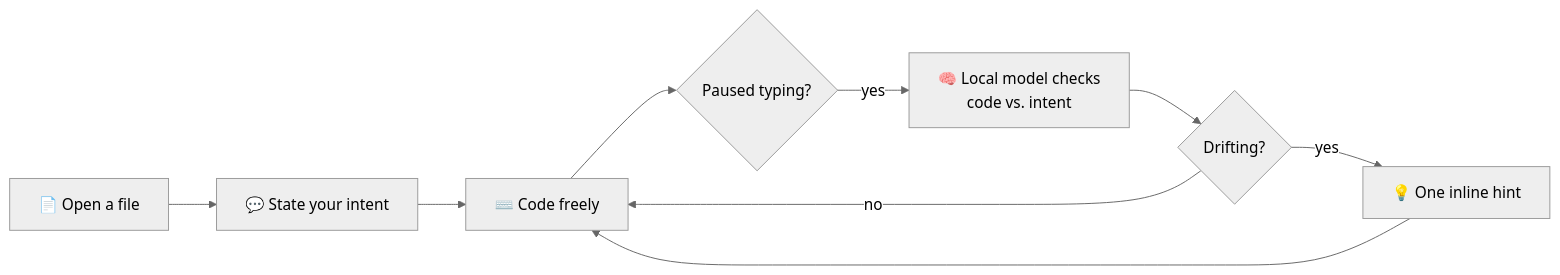
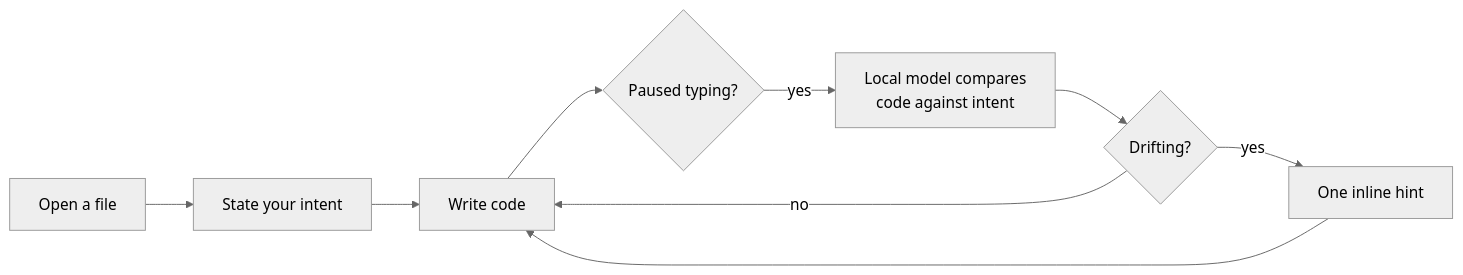
The diagram in README.md (akshajtiwari/Sensei), drawn with Mermaid (neutral theme) before and after one commit. The commit also changed other lines of this file and 30 other files, not shown here.

````diff
--- a/README.md
+++ b/README.md
@@ -58,11 +56,11 @@
 ```mermaid
 flowchart LR
-    A[📄 Open a file] --> B[💬 State your intent]
-    B --> C[⌨️ Code freely]
+    A[Open a file] --> B[State your intent]
+    B --> C[Write code]
     C --> D{Paused typing?}
-    D -- yes --> E[🧠 Local model checks<br/>code vs. intent]
+    D -- yes --> E[Local model compares<br/>code against intent]
     E --> F{Drifting?}
     F -- no --> C
-    F -- yes --> G[💡 One inline hint]
-    G --> C
+    F -- yes --> G[One inline hint]
+    G --> C 
 ```
````
